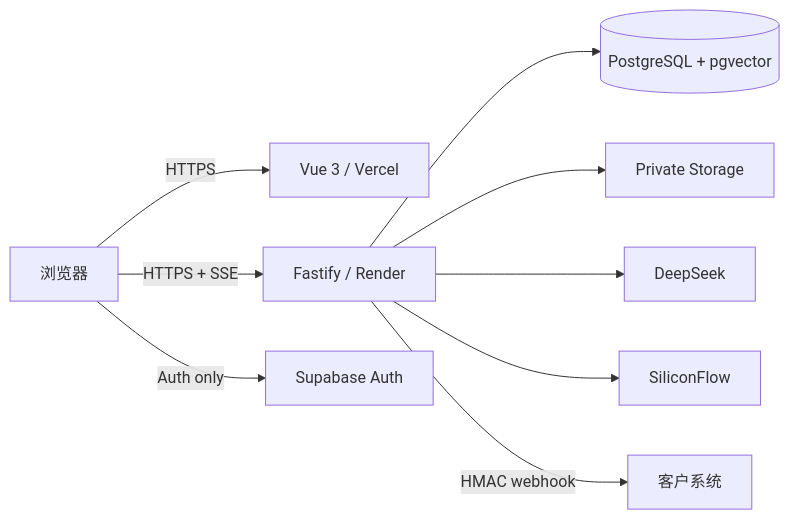
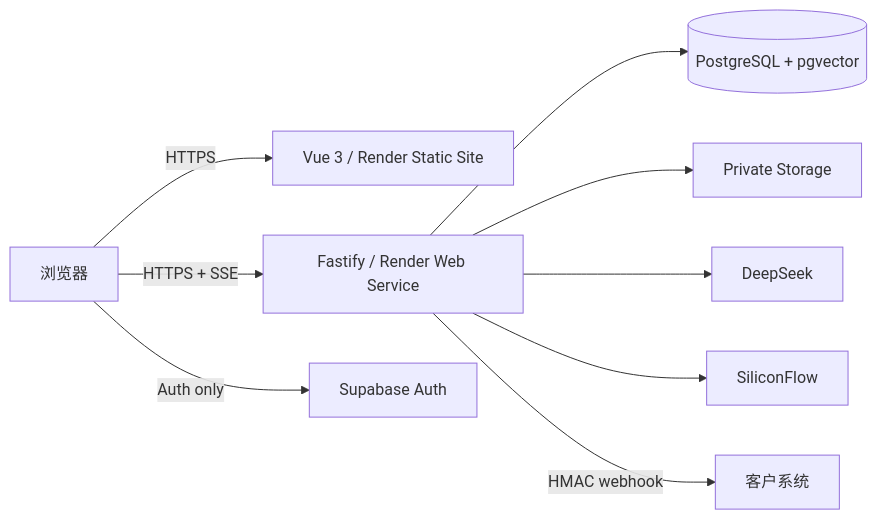
One commit to lsc-261013/grounddesk-ai changed the diagram in docs/deployment.md. Above: the diagram before and after it, drawn with Mermaid. The commit also changed other lines of this file and 3 other files, not shown here.

````diff
--- a/docs/deployment.md
+++ b/docs/deployment.md
@@ -5,11 +5,11 @@
 ```mermaid
 flowchart LR
-  Browser[浏览器] -->|HTTPS| Vercel[Vue 3 / Vercel]
-  Browser -->|HTTPS + SSE| Render[Fastify / Render]
+  Browser[浏览器] -->|HTTPS| RenderStatic[Vue 3 / Render Static Site]
+  Browser -->|HTTPS + SSE| RenderAPI[Fastify / Render Web Service]
   Browser -->|Auth only| SupabaseAuth[Supabase Auth]
-  Render --> Supabase[(PostgreSQL + pgvector)]
-  Render --> Storage[Private Storage]
-  Render --> DeepSeek[DeepSeek]
-  Render --> SiliconFlow[SiliconFlow]
-  Render -->|HMAC webhook| Customer[客户系统]
+  RenderAPI --> Supabase[(PostgreSQL + pgvector)]
+  RenderAPI --> Storage[Private Storage]
+  RenderAPI --> DeepSeek[DeepSeek]
+  RenderAPI --> SiliconFlow[SiliconFlow]
+  RenderAPI -->|HMAC webhook| Customer[客户系统]
 ```
````
